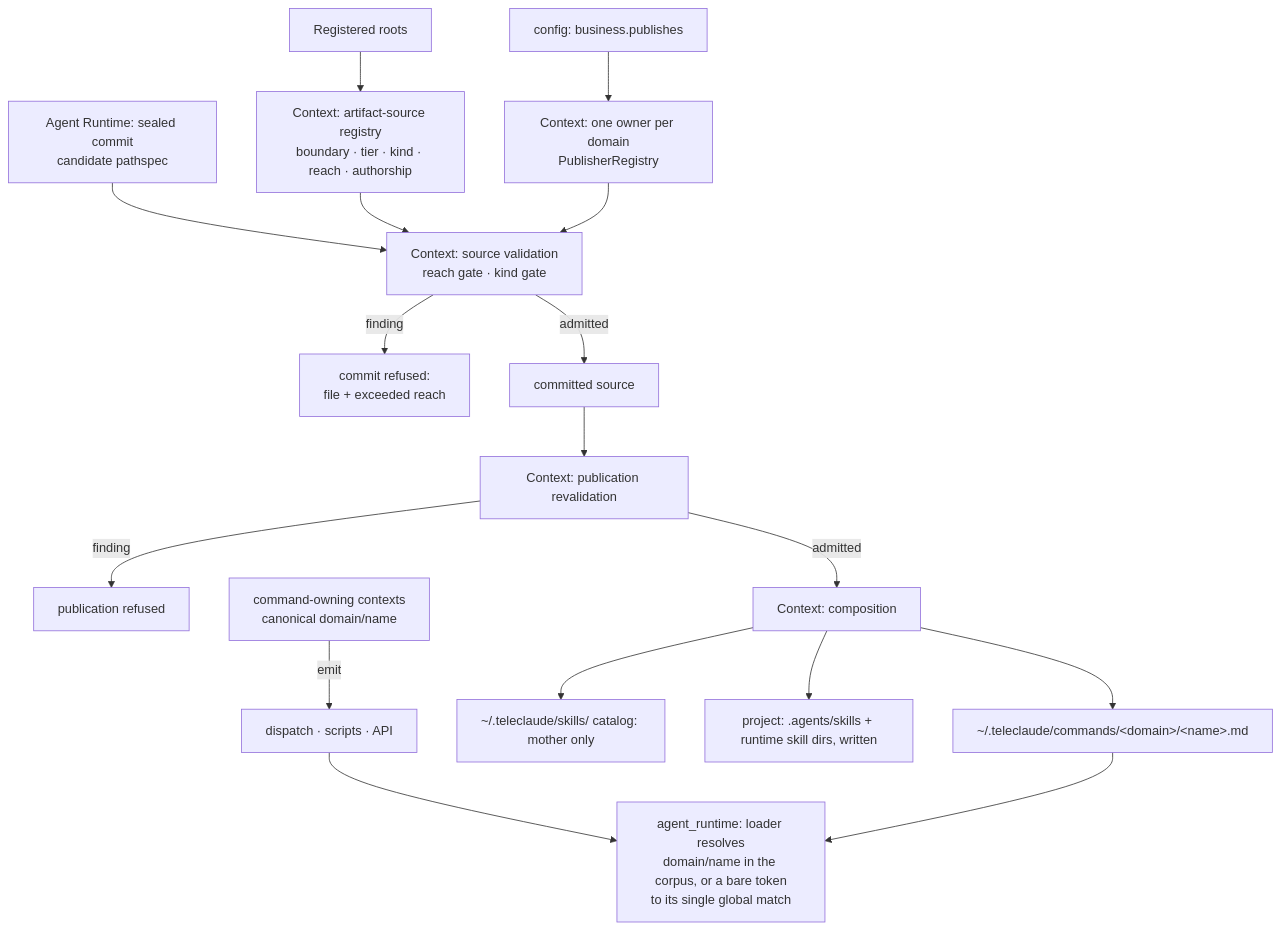
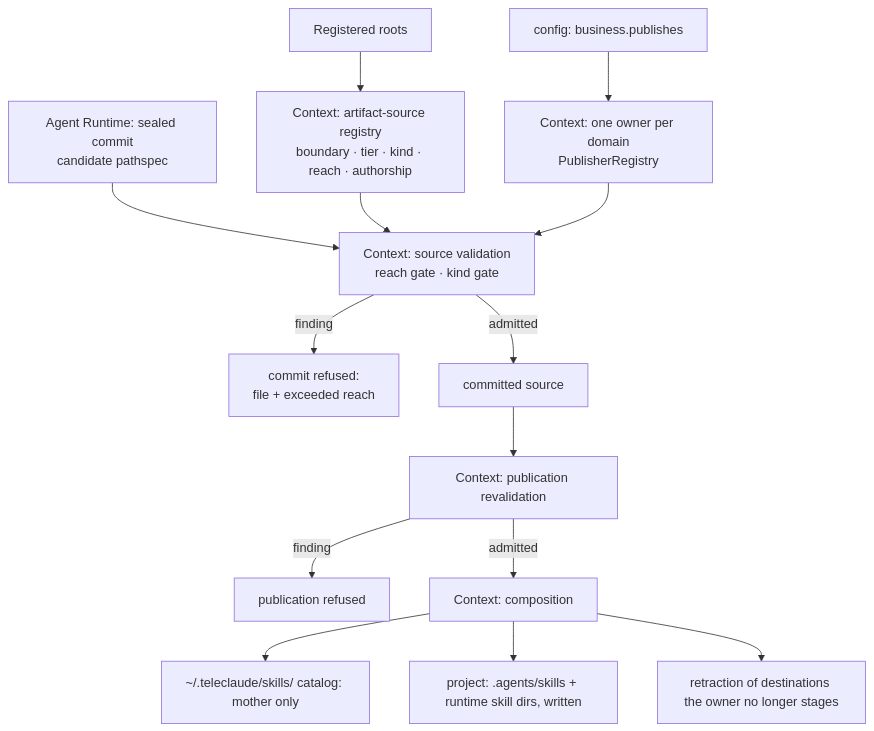
Before and after one commit to InstruktAI/TeleClaude: the diagram in docs/local/design/architecture/agent-artifact-distribution.md, drawn with Mermaid. The commit also changed other lines of this file and 188 other files, not shown here.

````diff
--- a/docs/local/design/architecture/agent-artifact-distribution.md
+++ b/docs/local/design/architecture/agent-artifact-distribution.md
@@ -263,19 +141,16 @@
 ```mermaid
 flowchart TD
     R[Registered roots] --> REG[Context: artifact-source registry<br/>boundary · tier · kind · reach · authorship]
     CFG[config: business.publishes] --> OWN[Context: one owner per domain<br/>PublisherRegistry]
     COMMIT[Agent Runtime: sealed commit<br/>candidate pathspec] --> V[Context: source validation<br/>reach gate · kind gate]
     REG --> V
     OWN --> V
     V -->|finding| FAIL[commit refused:<br/>file + exceeded reach]
     V -->|admitted| RECORDED[committed source]
     RECORDED --> PV[Context: publication revalidation]
     PV -->|finding| PFAIL[publication refused]
     PV -->|admitted| C[Context: composition]
-    C --> CORPUS[~/.teleclaude/commands/&lt;domain&gt;/&lt;name&gt;.md]
     C --> CAT[~/.teleclaude/skills/ catalog: mother only]
     C --> LOCAL[project: .agents/skills + runtime skill dirs, written]
-    CMD[command-owning contexts<br/>canonical domain/name] -->|emit| DISPATCH[dispatch · scripts · API]
-    DISPATCH --> AR[agent_runtime: loader resolves<br/>domain/name in the corpus, or a bare token<br/>to its single global match]
-    CORPUS --> AR
+    C --> RETRACT[retraction of destinations the owner no longer stages]
 ```
````
